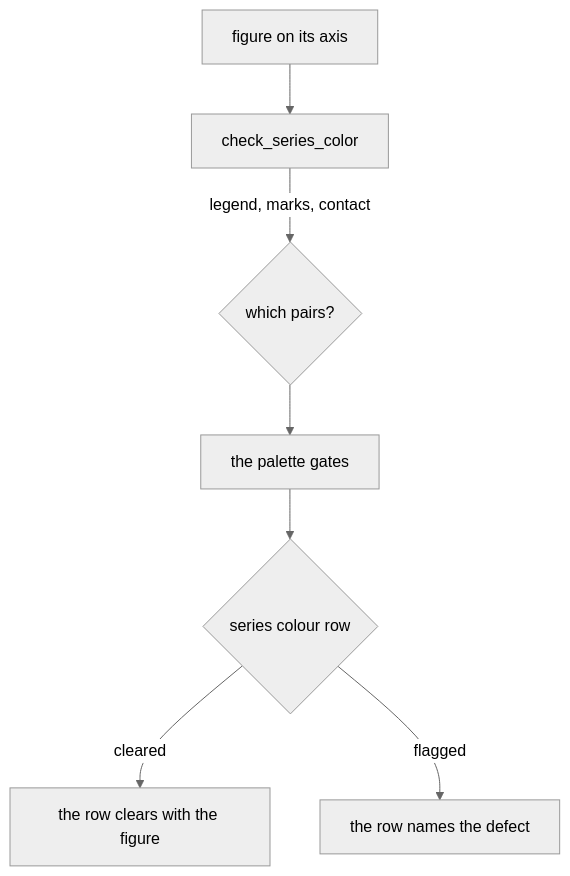
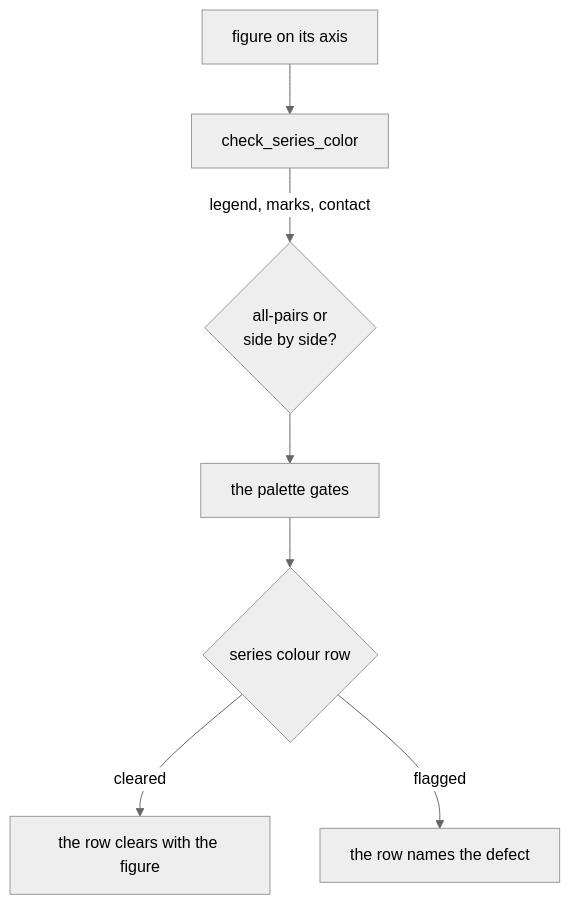
One commit to narenp12/figure-gate changed the diagram in docs/design.md. Above: the diagram before and after it, drawn with Mermaid (neutral theme). The commit also changed other lines of this file and 6 other files, not shown here.

````diff
--- a/docs/design.md
+++ b/docs/design.md
@@ -40,9 +40,9 @@
 ```mermaid
 flowchart TD
     figure["figure on its axis"] --> read["check_series_color"]
-    read -- "legend, marks, contact" --> need{"which pairs?"}
+    read -- "legend, marks, contact" --> need{"all-pairs or<br/>side by side?"}
     need --> gates["the palette gates"]
     gates --> verdict{"series colour row"}
     verdict -- "cleared" --> pass["the row clears with the figure"]
     verdict -- "flagged" --> fail["the row names the defect"]
 ```
````
